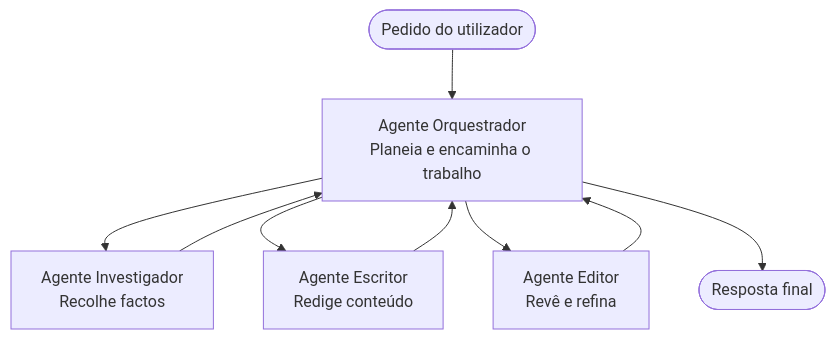
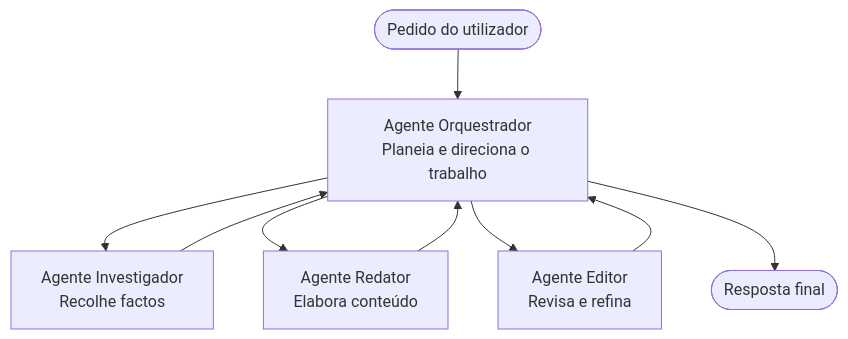
Before and after one commit to microsoft/AZD-for-beginners: the diagram in translations/pt-PT/docs/chapter-05-multi-agent/multi-agent-basics.md, drawn with Mermaid. The commit also changed other lines of this file and 59 other files, not shown here.

````diff
--- a/translations/pt-PT/docs/chapter-05-multi-agent/multi-agent-basics.md
+++ b/translations/pt-PT/docs/chapter-05-multi-agent/multi-agent-basics.md
@@ -43,11 +43,11 @@
 ```mermaid
 graph TD
-    User([Pedido do utilizador]) --> Orchestrator[Agente Orquestrador<br/>Planeia e encaminha o trabalho]
+    User([Pedido do utilizador]) --> Orchestrator[Agente Orquestrador<br/>Planeia e direciona o trabalho]
     Orchestrator --> Researcher[Agente Investigador<br/>Recolhe factos]
-    Orchestrator --> Writer[Agente Escritor<br/>Redige conteúdo]
-    Orchestrator --> Editor[Agente Editor<br/>Revê e refina]
+    Orchestrator --> Writer[Agente Redator<br/>Elabora conteúdo]
+    Orchestrator --> Editor[Agente Editor<br/>Revisa e refina]
     Researcher --> Orchestrator
     Writer --> Orchestrator
     Editor --> Orchestrator
     Orchestrator --> Result([Resposta final])
 ```
````
